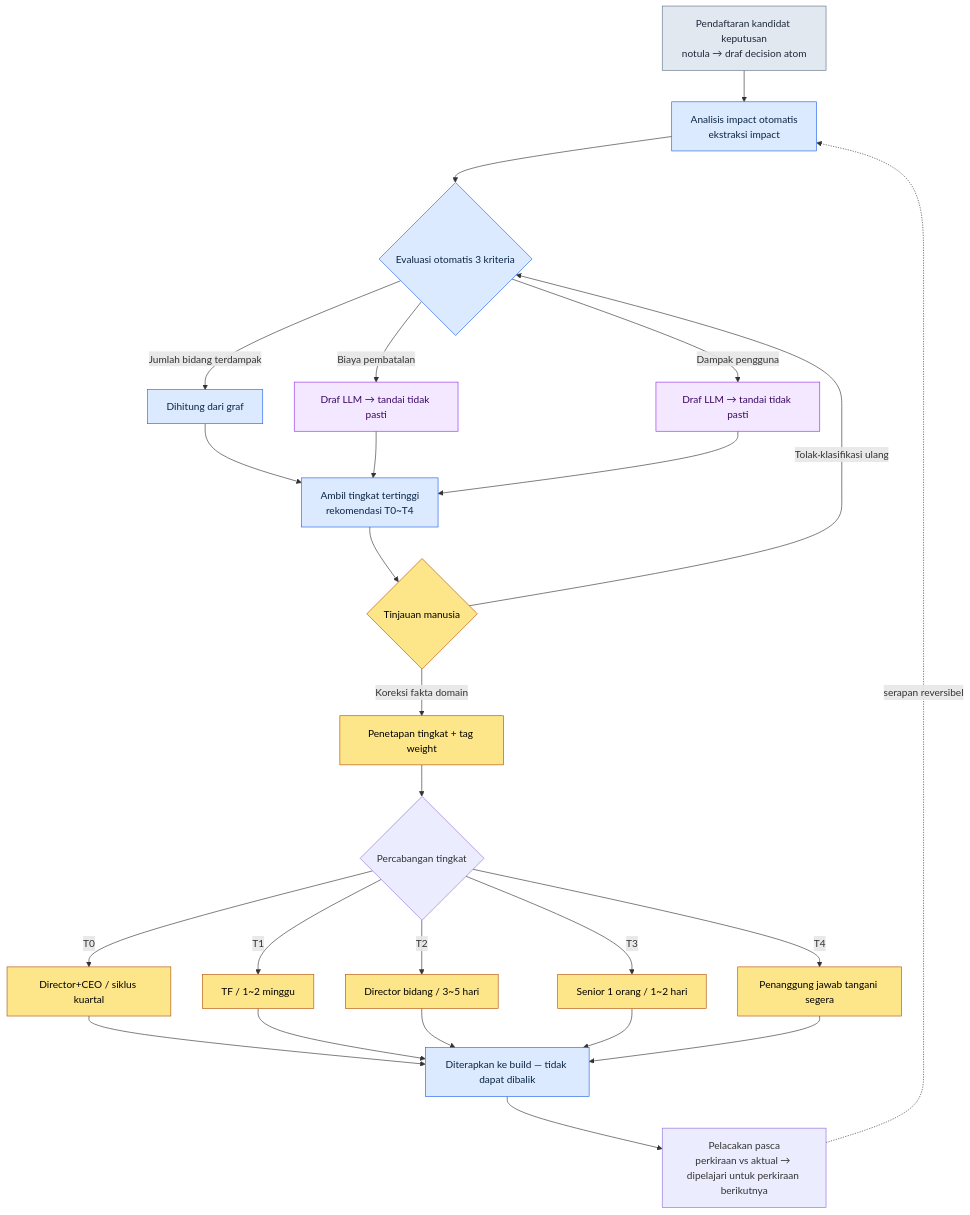
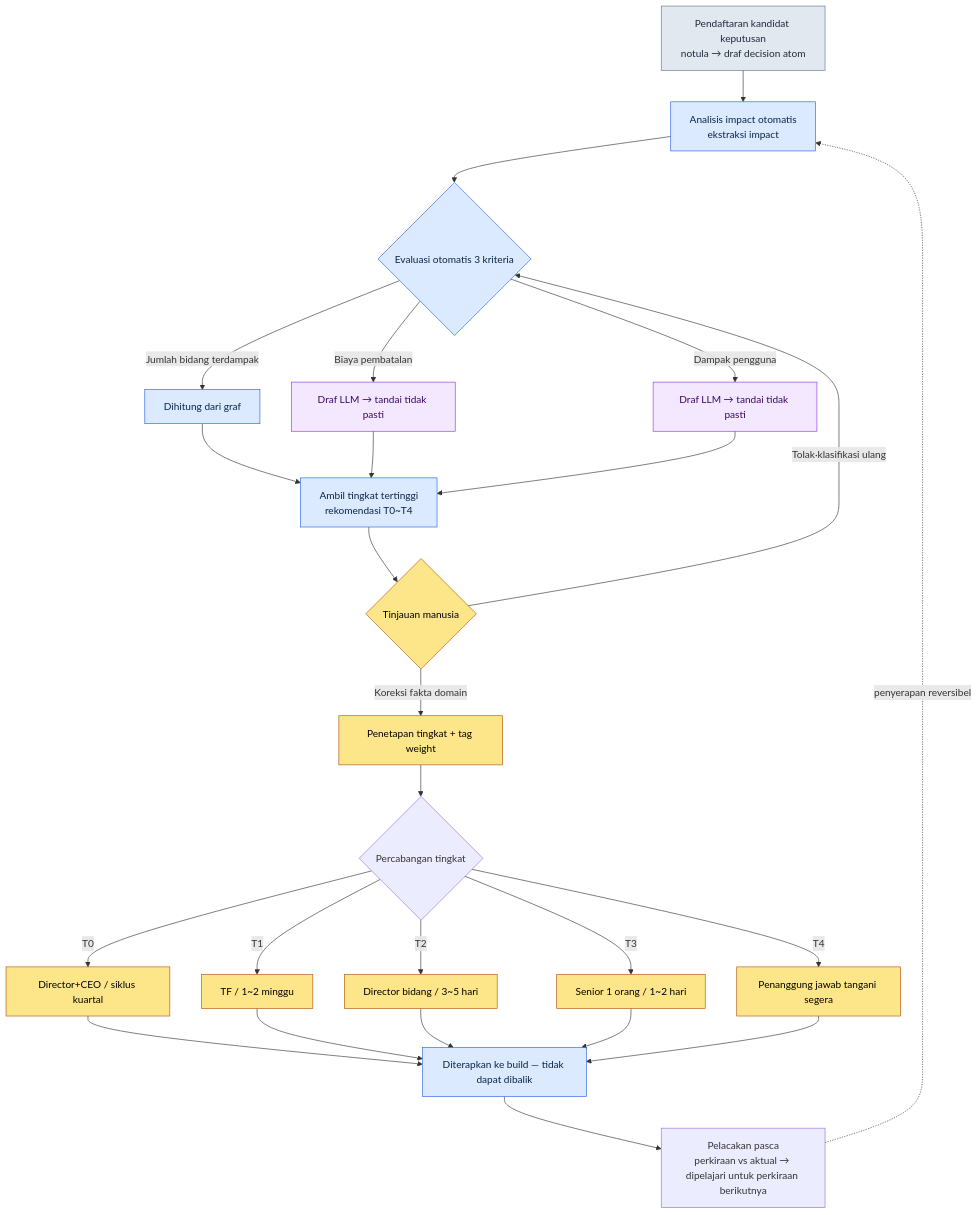
The first of 2 diagrams in manuscript/part18-decision-impact/chapter-2-impact-propagation-classification.md (eremes81/game-design-ai-practice-id), drawn with Mermaid before and after one commit. The commit also changed other lines of this file and 63 other files, not shown here.

````diff
--- a/manuscript/part18-decision-impact/chapter-2-impact-propagation-classification.md
+++ b/manuscript/part18-decision-impact/chapter-2-impact-propagation-classification.md
@@ -239,35 +239,35 @@
 ```mermaid
 flowchart TD
     A[Pendaftaran kandidat keputusan<br/>notula → draf decision atom] --> B[Analisis impact otomatis<br/>ekstraksi impact]
     B --> C{Evaluasi otomatis 3 kriteria}
     C -->|Jumlah bidang terdampak| D1[Dihitung dari graf]
     C -->|Biaya pembatalan| D2[Draf LLM → tandai tidak pasti]
     C -->|Dampak pengguna| D3[Draf LLM → tandai tidak pasti]
     D1 --> E[Ambil tingkat tertinggi<br/>rekomendasi T0~T4]
     D2 --> E
     D3 --> E
     E --> F{Tinjauan manusia}
     F -->|Koreksi fakta domain| G[Penetapan tingkat + tag weight]
     F -->|Tolak·klasifikasi ulang| C
     G --> H{Percabangan tingkat}
     H -->|T0| T0[Director+CEO / siklus kuartal]
     H -->|T1| T1[TF / 1~2 minggu]
     H -->|T2| T2[Director bidang / 3~5 hari]
     H -->|T3| T3[Senior 1 orang / 1~2 hari]
     H -->|T4| T4[Penanggung jawab tangani segera]
     T0 --> I[Diterapkan ke build — tidak dapat dibalik]
     T1 --> I
     T2 --> I
     T3 --> I
     T4 --> I
     I --> J[Pelacakan pasca<br/>perkiraan vs aktual → dipelajari untuk perkiraan berikutnya]
-    J -.serapan reversibel.-> B
+    J -.penyerapan reversibel.-> B
     classDef code fill:#dbeafe,stroke:#2563eb,color:#0b2545;
     classDef ai fill:#f3e8ff,stroke:#9333ea,color:#3b0764;
     classDef human fill:#fde68a,stroke:#b45309,color:#000;
     classDef data fill:#e2e8f0,stroke:#64748b,color:#1e293b;
     class B,C,D1,E,I code;
     class D2,D3 ai;
     class F,G,T0,T1,T2,T3,T4 human;
     class A data;
 ```
````
